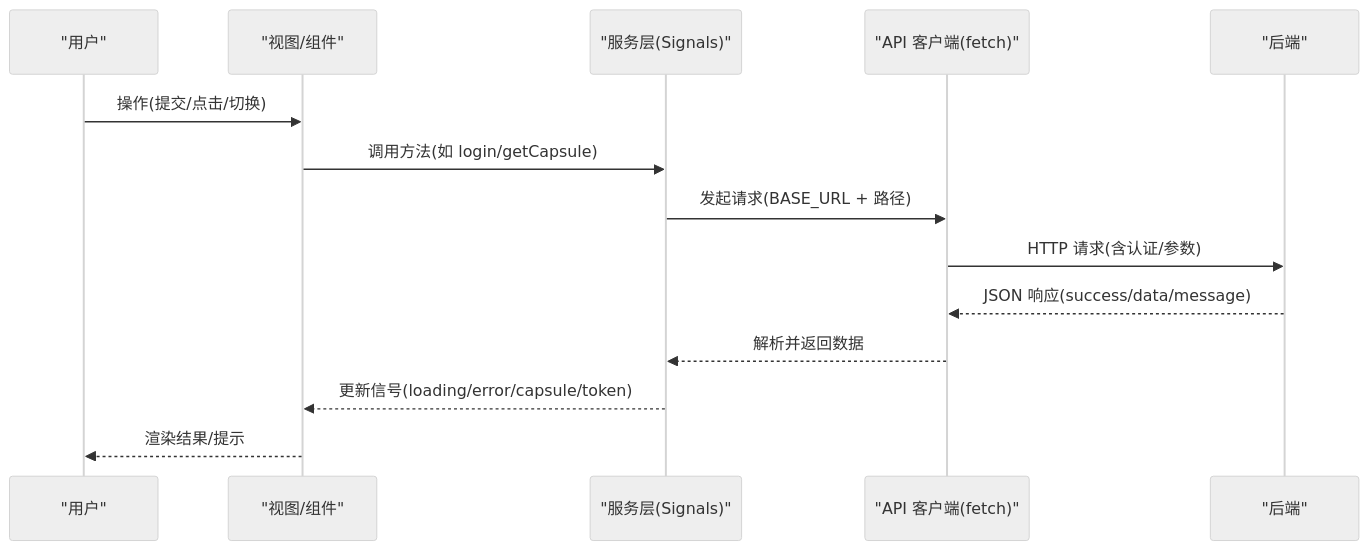
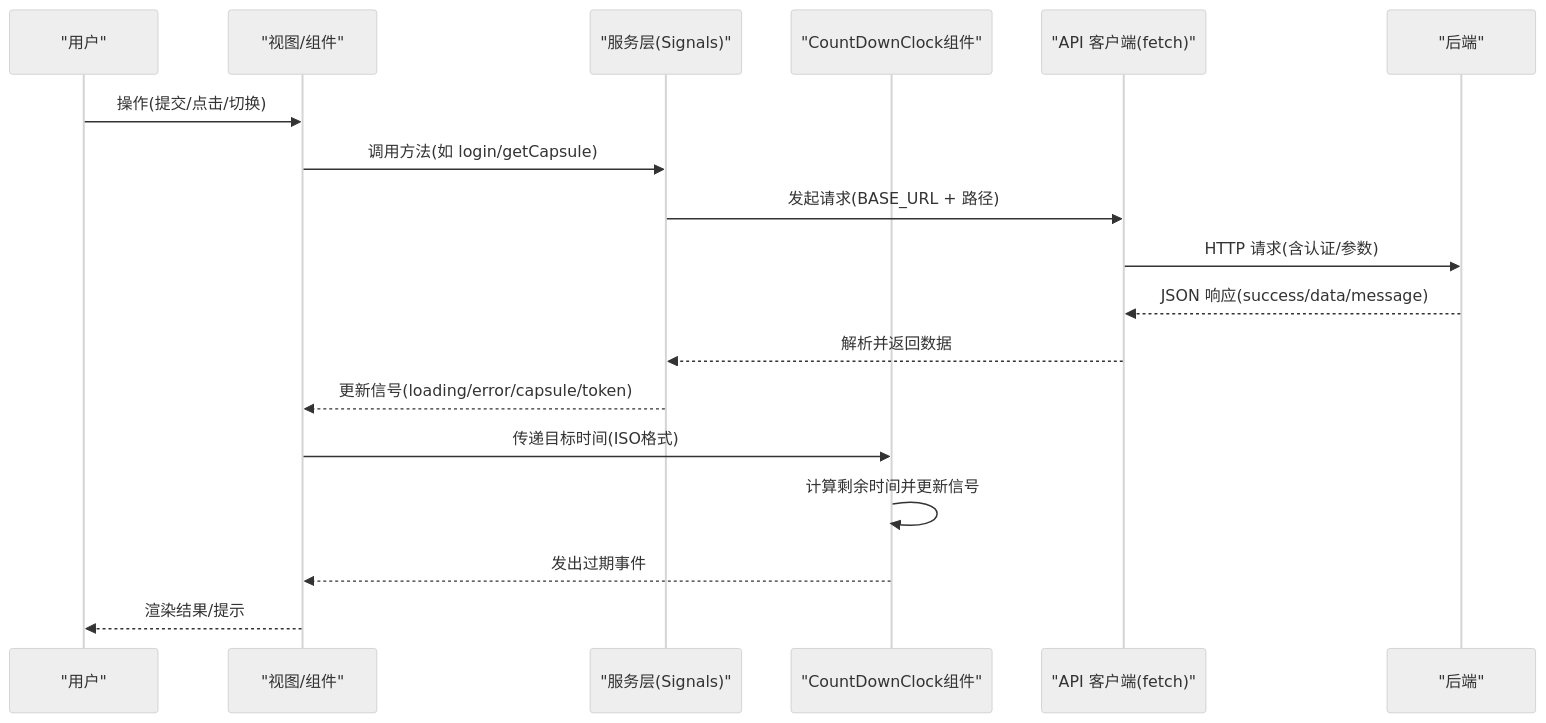
The second of 9 diagrams in .qoder/repowiki/zh/content/前端实现详解/Angular 实现/Angular 实现.md (alexy2008/TimeCapsule), drawn with Mermaid (neutral theme) before and after one commit. The commit also changed other lines of this file and 22 other files, not shown here.

````diff
--- a/.qoder/repowiki/zh/content/前端实现详解/Angular 实现/Angular 实现.md
+++ b/.qoder/repowiki/zh/content/前端实现详解/Angular 实现/Angular 实现.md
@@ -117,16 +139,20 @@
 ```mermaid
 sequenceDiagram
 participant U as "用户"
 participant UI as "视图/组件"
 participant SVC as "服务层(Signals)"
+participant CC as "CountDownClock组件"
 participant API as "API 客户端(fetch)"
 participant BE as "后端"
 U->>UI : 操作(提交/点击/切换)
 UI->>SVC : 调用方法(如 login/getCapsule)
 SVC->>API : 发起请求(BASE_URL + 路径)
 API->>BE : HTTP 请求(含认证/参数)
 BE-->>API : JSON 响应(success/data/message)
 API-->>SVC : 解析并返回数据
 SVC-->>UI : 更新信号(loading/error/capsule/token)
+UI->>CC : 传递目标时间(ISO格式)
+CC->>CC : 计算剩余时间并更新信号
+CC-->>UI : 发出过期事件
 UI-->>U : 渲染结果/提示
 ```
````
